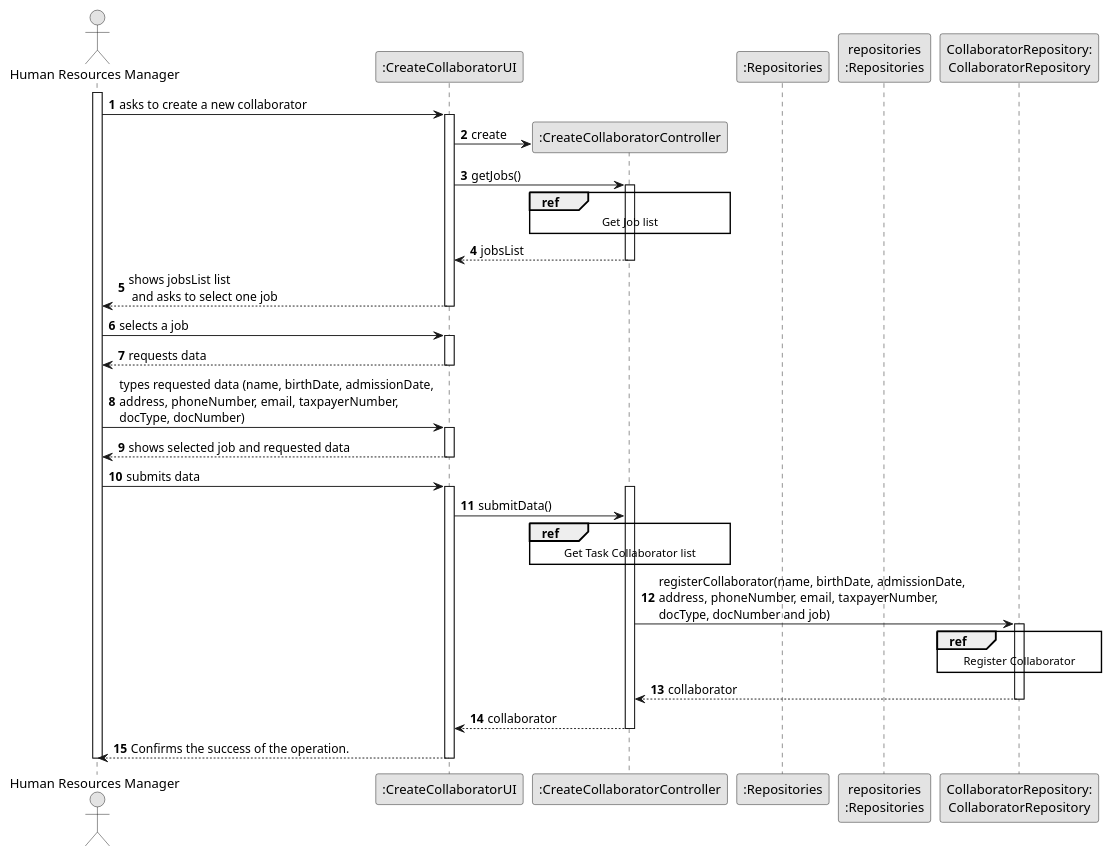
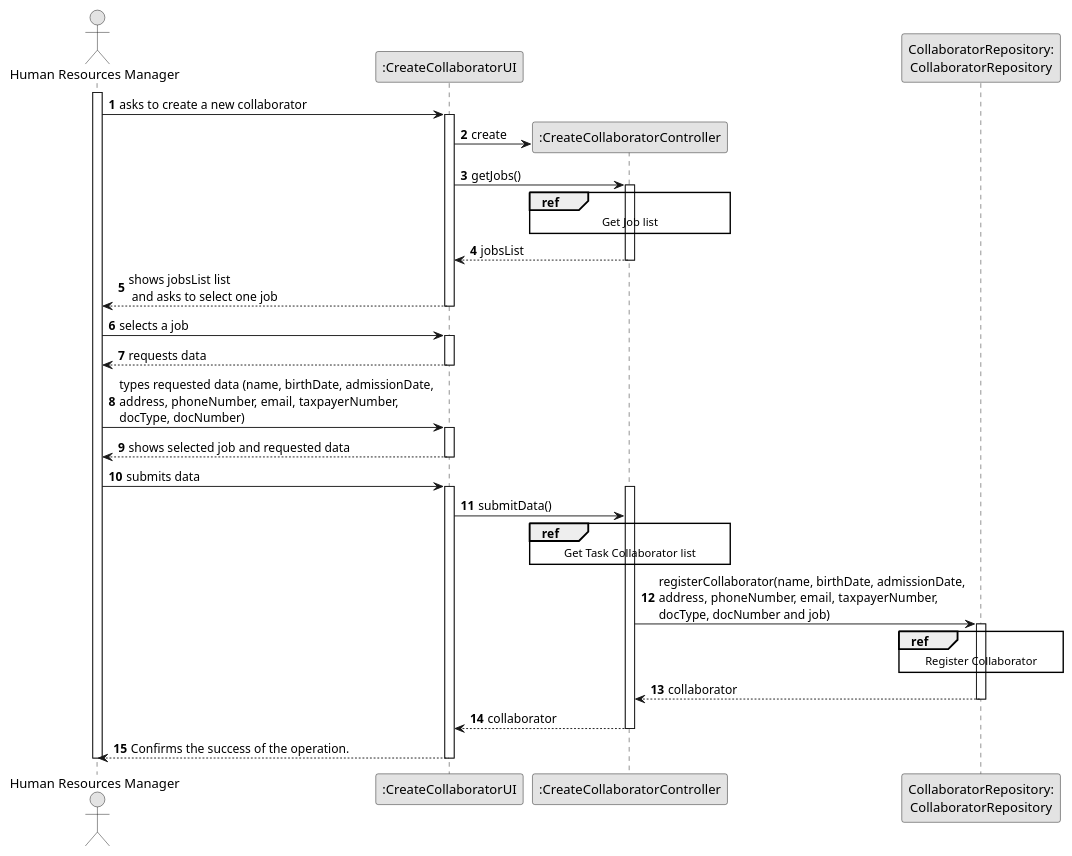
Before and after one commit to SAEmanuel/Green_Spaces_Management_ISEP: the diagram in docs/sprintB/us003/03.design/puml/us003-sequence-diagram-split.puml, drawn with PlantUML.

Commit message:
US3 sequence diagram split update

```diff
--- a/docs/sprintB/us003/03.design/puml/us003-sequence-diagram-split.puml
+++ b/docs/sprintB/us003/03.design/puml/us003-sequence-diagram-split.puml
@@ -1,76 +1,74 @@
 @startuml
 skinparam monochrome true
 skinparam packageStyle rectangle
 skinparam shadowing false
 
 autonumber
 
 'hide footbox
 actor "Human Resources Manager" as HRM
 participant ":CreateCollaboratorUI" as UI
 participant ":CreateCollaboratorController" as CTRL
-participant ":Repositories" as RepositorySingleton
-participant "repositories\n:Repositories" as PLAT
 participant "CollaboratorRepository:\nCollaboratorRepository" as CollaboratorRepository
 
 activate HRM
 
         HRM -> UI : asks to create a new collaborator
 
         activate UI
 
             UI -> CTRL** : create
 
                 UI -> CTRL : getJobs()
                 activate CTRL
         ref over CTRL
             Get Job list
         end ref
 CTRL --> UI : jobsList
             deactivate CTRL
 
             UI --> HRM : shows jobsList list\n and asks to select one job
         deactivate UI
 
     HRM -> UI : selects a job
     activate UI
 
         UI --> HRM : requests data
     deactivate UI
 
     HRM -> UI : types requested data (name, birthDate, admissionDate,\naddress, phoneNumber, email, taxpayerNumber,\ndocType, docNumber)
     activate UI
 
         UI --> HRM : shows selected job and requested data
     deactivate UI
 
     HRM -> UI : submits data
     activate UI
     activate CTRL
     UI -> CTRL : submitData()
 
                 ref over CTRL
                     Get Task Collaborator list
                 end ref
 
                             CTRL -> CollaboratorRepository : registerCollaborator(name, birthDate, admissionDate,\naddress, phoneNumber, email, taxpayerNumber,\ndocType, docNumber and job)
 
                             activate CollaboratorRepository
 
                             ref over CollaboratorRepository
                                 Register Collaborator
                             end ref
 
                             CollaboratorRepository --> CTRL : collaborator
                                     deactivate CollaboratorRepository
 
                         CTRL --> UI: collaborator
                         deactivate CTRL
 
                         UI --> HRM: Confirms the success of the operation.
 
                     deactivate UI
 
                 deactivate HRM
 
                 @enduml
```
